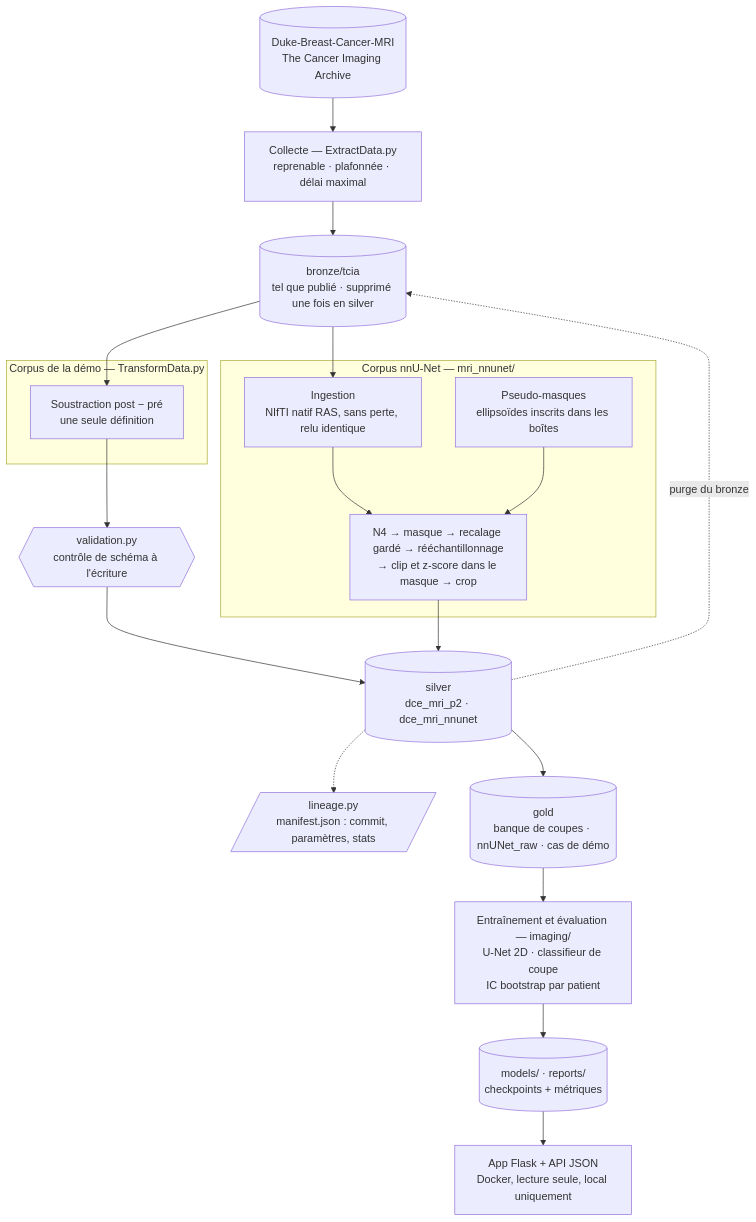
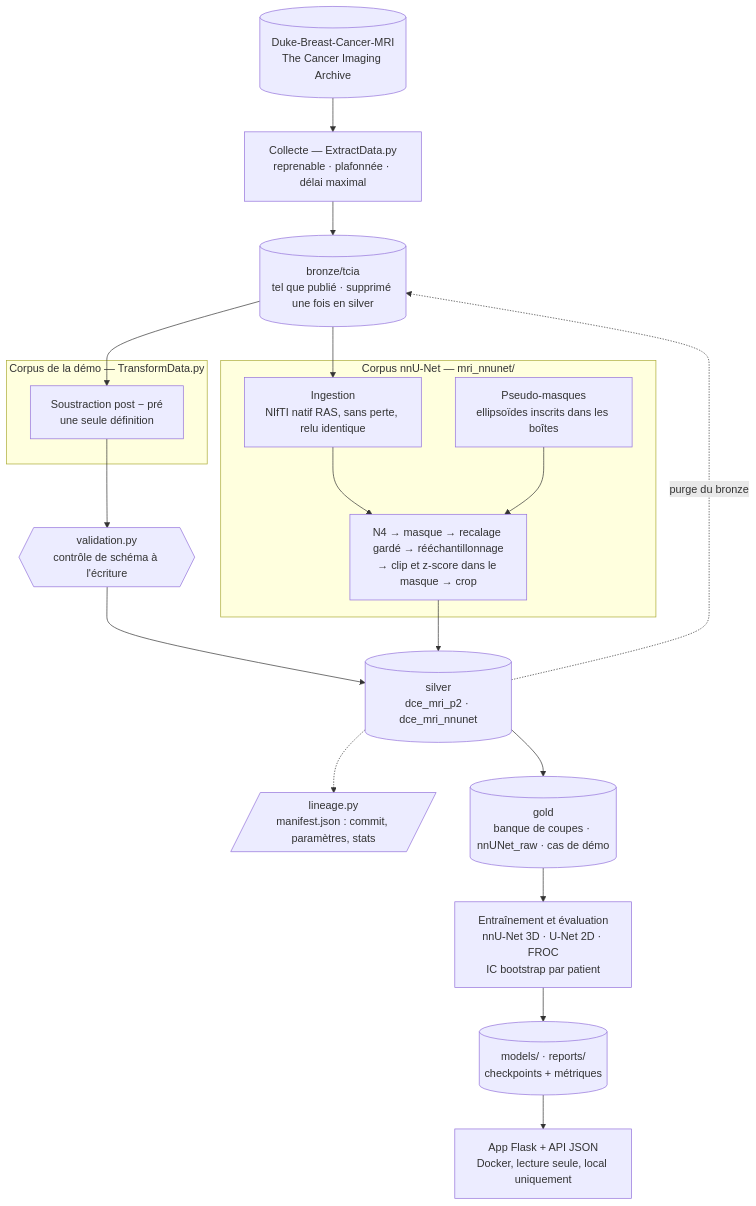
Before and after one commit to Elias-Ouafi/breastcancer: the diagram in README.md, drawn with Mermaid. The commit also changed other lines of this file, not shown here.

````diff
--- a/README.md
+++ b/README.md
@@ -115,32 +85,32 @@
 ```mermaid
 flowchart TB
     SRC[("Duke-Breast-Cancer-MRI<br/>The Cancer Imaging Archive")]
     EXTRACT["Collecte — ExtractData.py<br/>reprenable · plafonnée · délai maximal"]
     BRONZE[("bronze/tcia<br/>tel que publié · supprimé une fois en silver")]
 
     subgraph DEMO["Corpus de la démo — TransformData.py"]
         SUB["Soustraction post − pré<br/>une seule définition"]
     end
 
     subgraph NNUNET["Corpus nnU-Net — mri_nnunet/"]
         ING["Ingestion<br/>NIfTI natif RAS, sans perte, relu identique"]
         PROC["N4 → masque → recalage gardé → rééchantillonnage<br/>→ clip et z-score dans le masque → crop"]
         PSEUDO["Pseudo-masques<br/>ellipsoïdes inscrits dans les boîtes"]
     end
 
     VALID{{"validation.py<br/>contrôle de schéma à l'écriture"}}
     LINEAGE[/"lineage.py<br/>manifest.json : commit, paramètres, stats"/]
     SILVER[("silver<br/>dce_mri_p2 · dce_mri_nnunet")]
     GOLD[("gold<br/>banque de coupes · nnUNet_raw · cas de démo")]
-    ML["Entraînement et évaluation — imaging/<br/>U-Net 2D · classifieur de coupe<br/>IC bootstrap par patient"]
+    ML["Entraînement et évaluation<br/>nnU-Net 3D · U-Net 2D · FROC<br/>IC bootstrap par patient"]
     ART[("models/ · reports/<br/>checkpoints + métriques")]
     APP["App Flask + API JSON<br/>Docker, lecture seule, local uniquement"]
 
     SRC --> EXTRACT --> BRONZE
     BRONZE --> SUB --> VALID --> SILVER
     BRONZE --> ING --> PROC --> SILVER
     PSEUDO --> PROC
     SILVER -.->|"purge du bronze"| BRONZE
     SILVER -.-> LINEAGE
     SILVER --> GOLD --> ML --> ART --> APP
 ```
````
